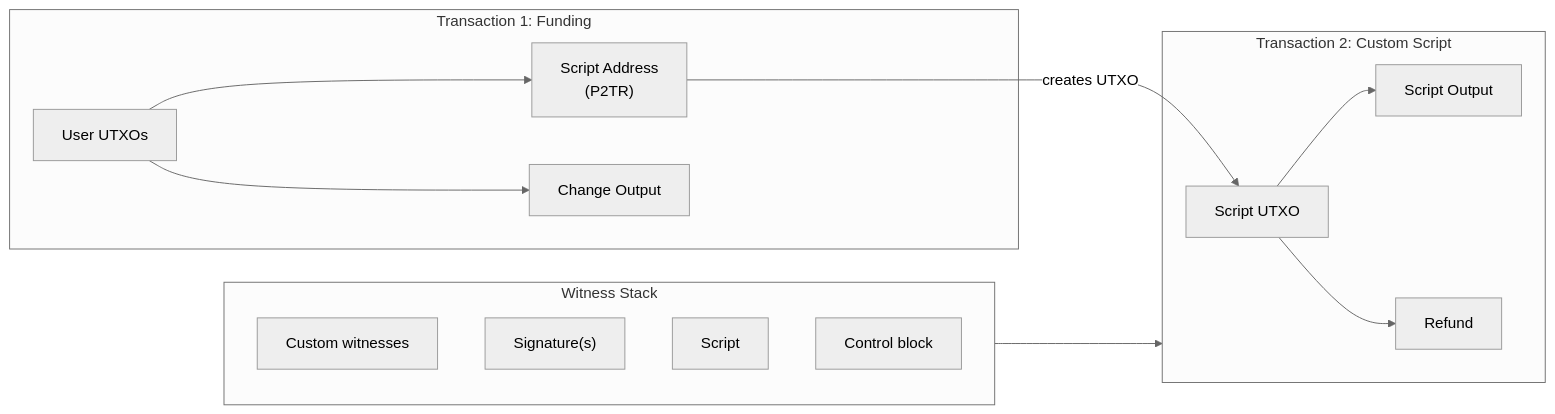
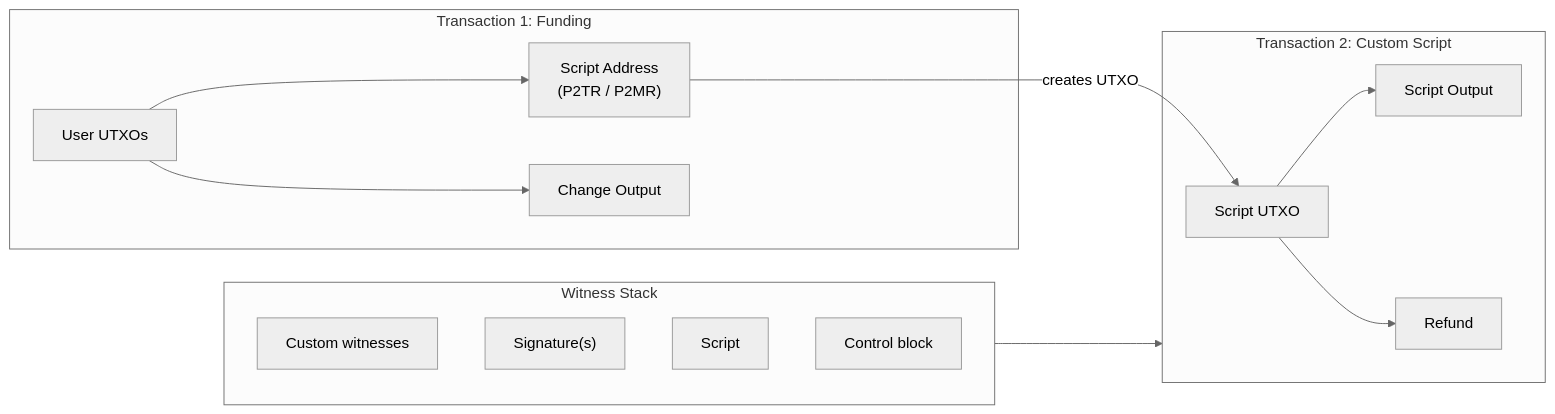
The first of 5 diagrams in documentation/transaction-building/custom-script-transactions.md (btc-vision/transaction), drawn with Mermaid (neutral theme) before and after one commit. The commit also changed other lines of this file and 13 other files, not shown here.

````diff
--- a/documentation/transaction-building/custom-script-transactions.md
+++ b/documentation/transaction-building/custom-script-transactions.md
@@ -9,23 +9,23 @@
 ```mermaid
 flowchart LR
     subgraph TX1["Transaction 1: Funding"]
-        U["User UTXOs"] --> SA["Script Address<br/>(P2TR)"]
+        U["User UTXOs"] --> SA["Script Address<br/>(P2TR / P2MR)"]
         U --> Change["Change Output"]
     end
 
     subgraph TX2["Transaction 2: Custom Script"]
         SA2["Script UTXO"] --> Out["Script Output"]
         SA2 --> RF["Refund"]
     end
 
     SA -->|"creates UTXO"| SA2
 
     subgraph Witness["Witness Stack"]
         W1["Custom witnesses"]
         W2["Signature(s)"]
         W3["Script"]
         W4["Control block"]
     end
 
     Witness --> TX2
 ```
````
